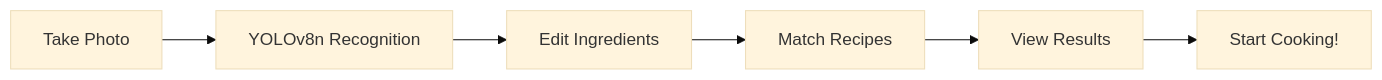
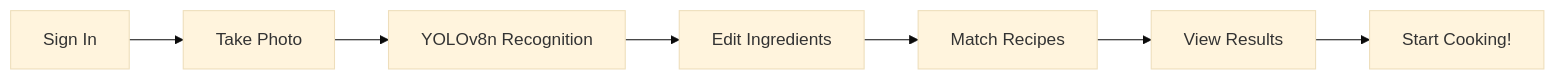
Before and after one commit to Boredoom17/SmartCooking: the diagram in README.md, drawn with Mermaid (base theme). The commit also changed other lines of this file, not shown here.

````diff
--- a/README.md
+++ b/README.md
@@ -36,8 +38,9 @@
 ```mermaid
 graph LR
-    A[Take Photo] --> B[YOLOv8n Recognition]
-    B --> C[Edit Ingredients]
-    C --> D[Match Recipes]
-    D --> E[View Results]
-    E --> F[Start Cooking!]
+    A[Sign In] --> B[Take Photo]
+    B --> C[YOLOv8n Recognition]
+    C --> D[Edit Ingredients]
+    D --> E[Match Recipes]
+    E --> F[View Results]
+    F --> G[Start Cooking!]
 ```
````
